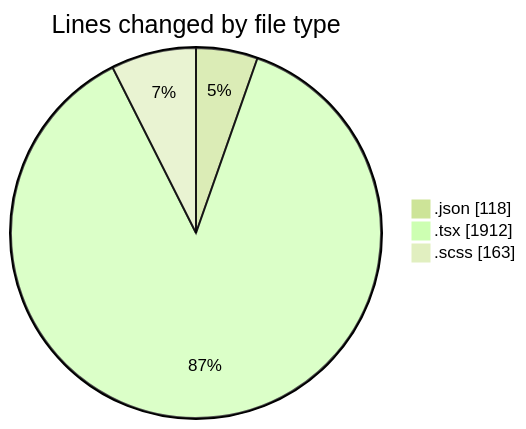
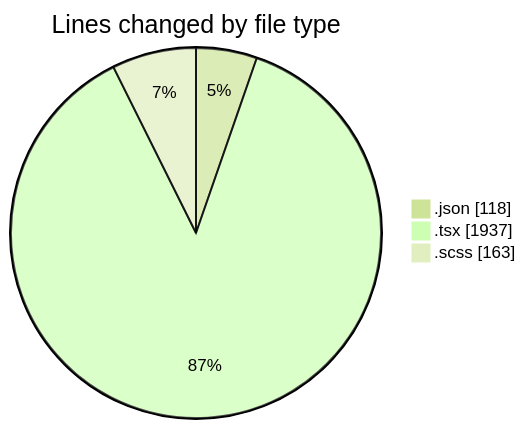
One commit to momahboobian/code-tracking changed the first of 2 diagrams in 2025-11-19/cda/README.md. Above: the diagram before and after it, drawn with Mermaid (forest theme). The commit also changed other lines of this file and 1 other file, not shown here.

````diff
--- a/2025-11-19/cda/README.md
+++ b/2025-11-19/cda/README.md
@@ -23,7 +23,7 @@
 ```mermaid
 pie showData
 title Lines changed by file type
 ".json" : 118
-".tsx" : 1912
+".tsx" : 1937
 ".scss" : 163
 ```
````
